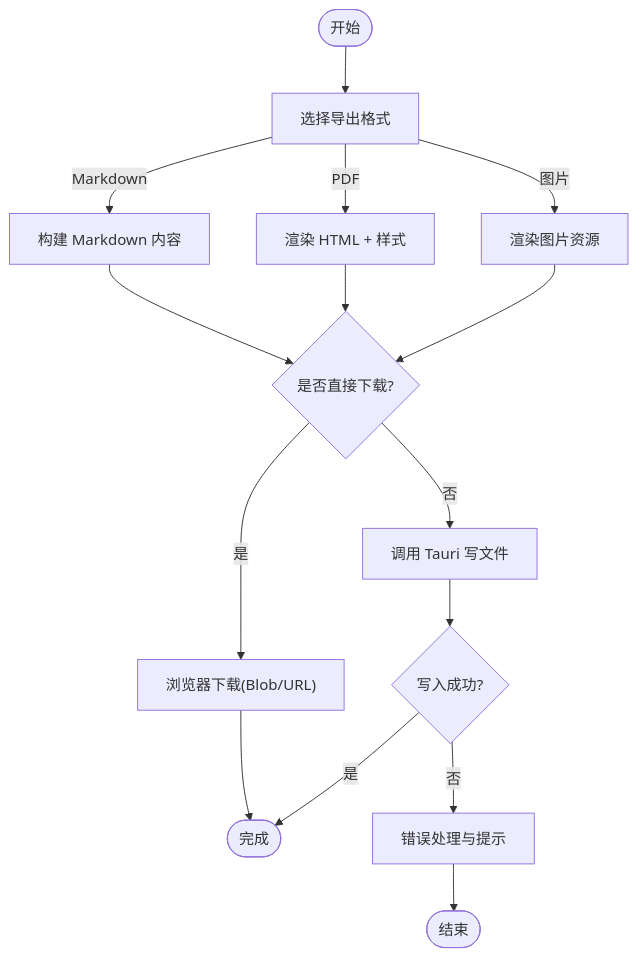
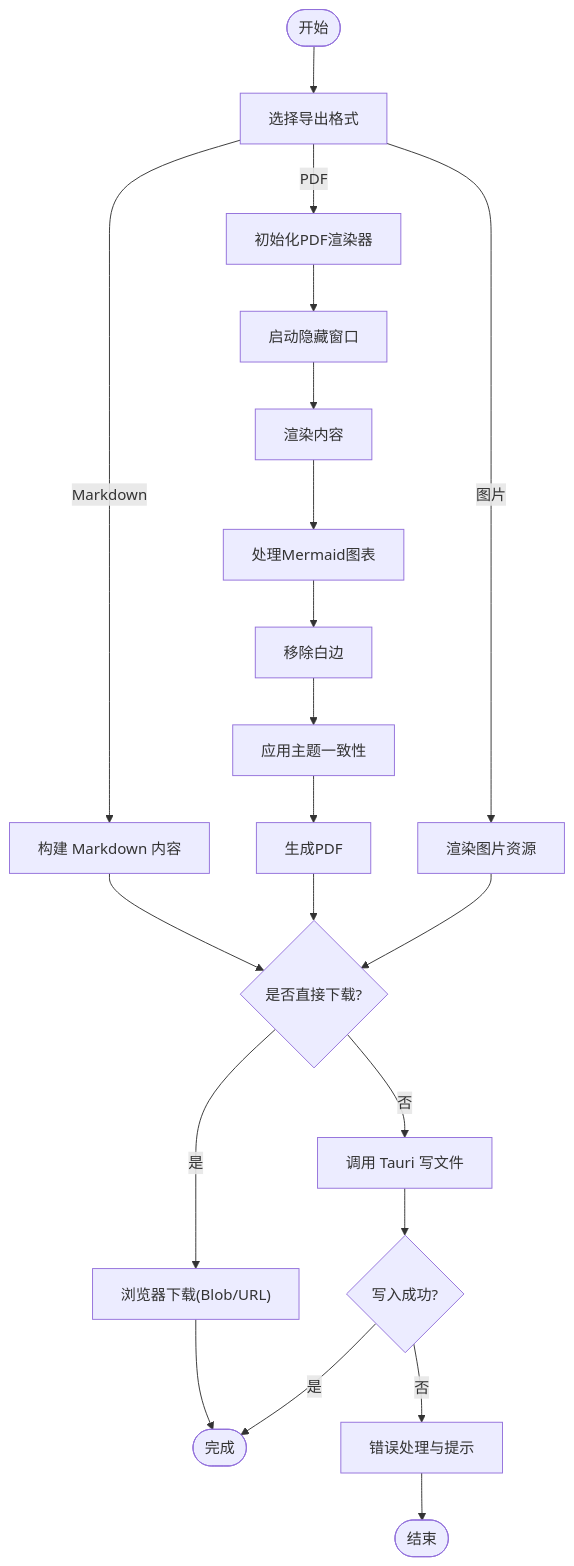
The third of 4 diagrams in .qoder/repowiki/zh/content/核心组件/导出功能.md (gongshiyun/ZenNote), drawn with Mermaid before and after one commit. The commit also changed other lines of this file and 21 other files, not shown here.

````diff
--- a/.qoder/repowiki/zh/content/核心组件/导出功能.md
+++ b/.qoder/repowiki/zh/content/核心组件/导出功能.md
@@ -139,17 +164,23 @@
 ```mermaid
 flowchart TD
 Start(["开始"]) --> PickFormat["选择导出格式"]
 PickFormat --> |Markdown| BuildMD["构建 Markdown 内容"]
-PickFormat --> |PDF| BuildHTML["渲染 HTML + 样式"]
+PickFormat --> |PDF| InitPDF["初始化PDF渲染器"]
 PickFormat --> |图片| RenderImg["渲染图片资源"]
+InitPDF --> HideWindow["启动隐藏窗口"]
+HideWindow --> RenderContent["渲染内容"]
+RenderContent --> ProcessMermaid["处理Mermaid图表"]
+ProcessMermaid --> RemoveMargins["移除白边"]
+RemoveMargins --> ApplyTheme["应用主题一致性"]
+ApplyTheme --> GeneratePDF["生成PDF"]
 BuildMD --> SavePath{"是否直接下载?"}
-BuildHTML --> SavePath
+GeneratePDF --> SavePath
 RenderImg --> SavePath
 SavePath --> |是| BrowserDL["浏览器下载(Blob/URL)"]
 SavePath --> |否| TauriWrite["调用 Tauri 写文件"]
 BrowserDL --> Done(["完成"])
 TauriWrite --> Result{"写入成功?"}
 Result --> |是| Done
 Result --> |否| HandleErr["错误处理与提示"]
 HandleErr --> End(["结束"])
 ```
````
